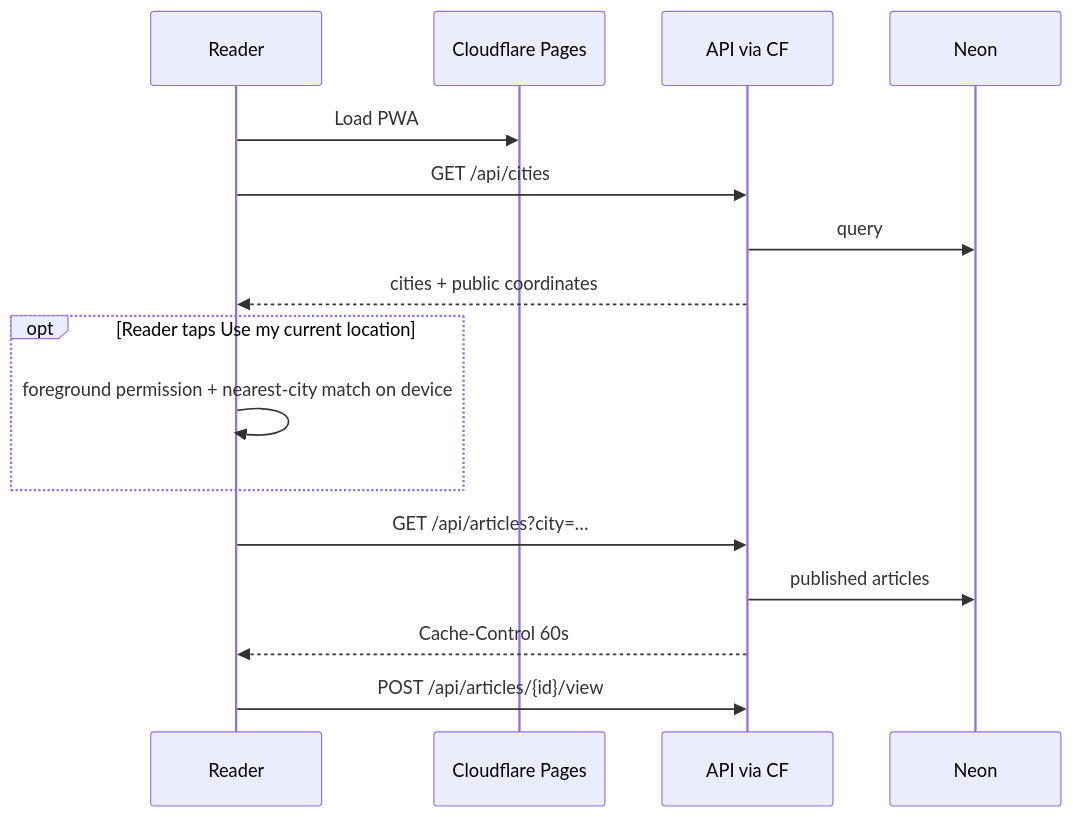
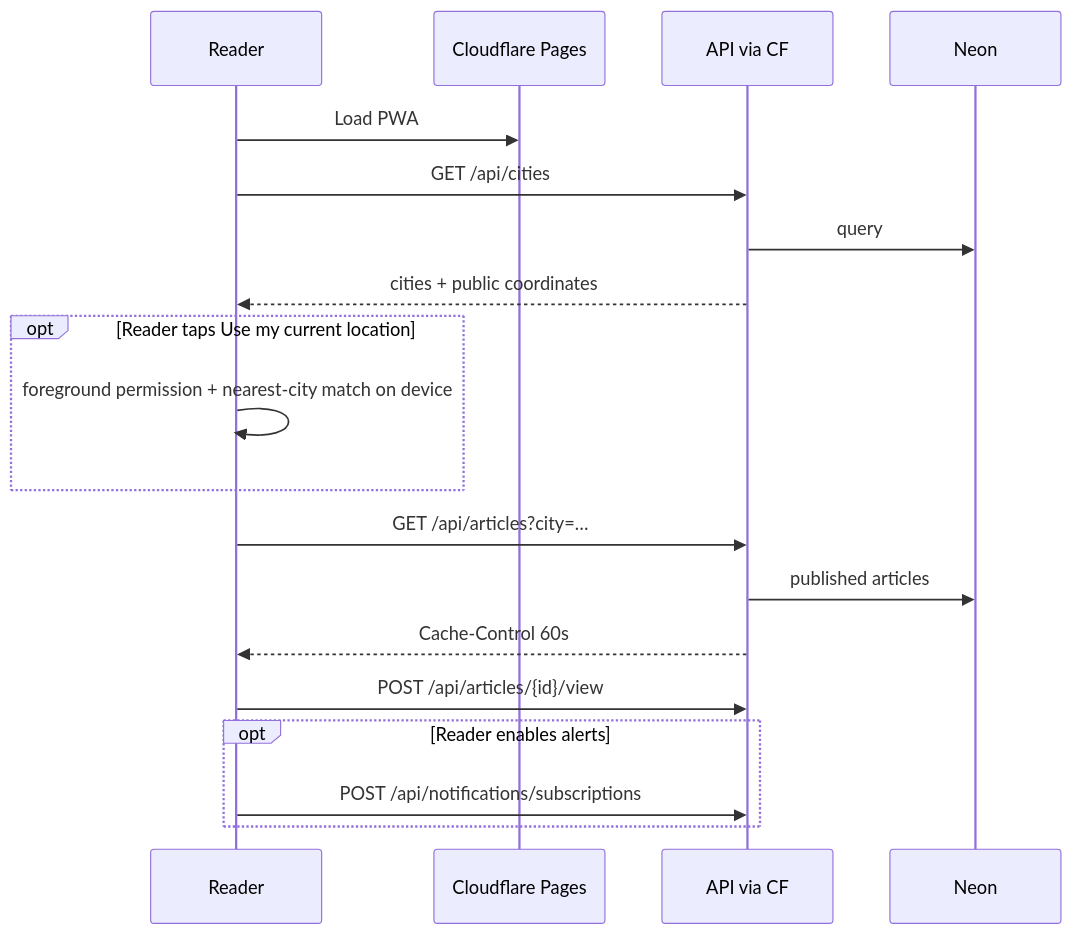
Before and after one commit to sshivanshg/TAZAkhabar: the second of 3 diagrams in docs/architecture/00-system-overview.md, drawn with Mermaid. The commit also changed other lines of this file and 36 other files, not shown here.

````diff
--- a/docs/architecture/00-system-overview.md
+++ b/docs/architecture/00-system-overview.md
@@ -81,18 +88,21 @@
 ```mermaid
 sequenceDiagram
   participant U as Reader
   participant P as Cloudflare Pages
   participant A as API via CF
   participant N as Neon
   U->>P: Load PWA
   U->>A: GET /api/cities
   A->>N: query
   A-->>U: cities + public coordinates
   opt Reader taps Use my current location
     U->>U: foreground permission + nearest-city match on device
   end
   U->>A: GET /api/articles?city=…
   A->>N: published articles
   A-->>U: Cache-Control 60s
   U->>A: POST /api/articles/{id}/view
+  opt Reader enables alerts
+    U->>A: POST /api/notifications/subscriptions
+  end
 ```
````
